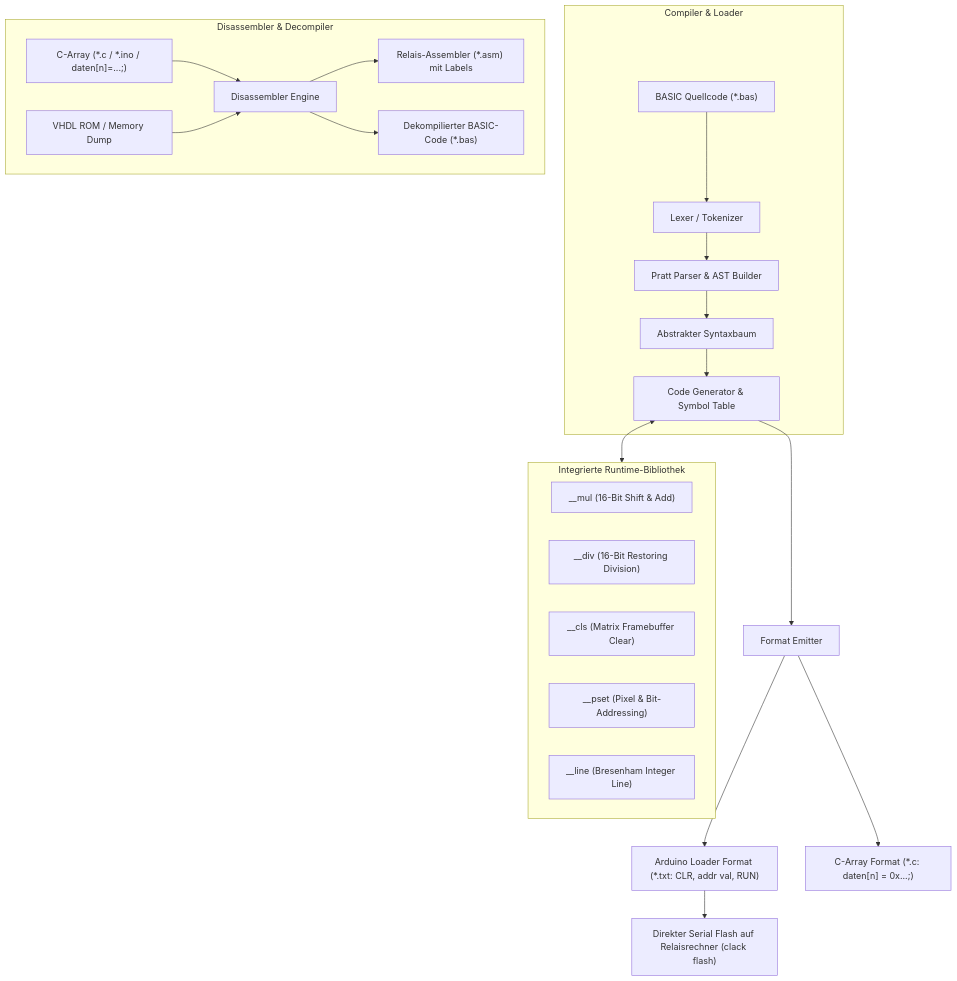
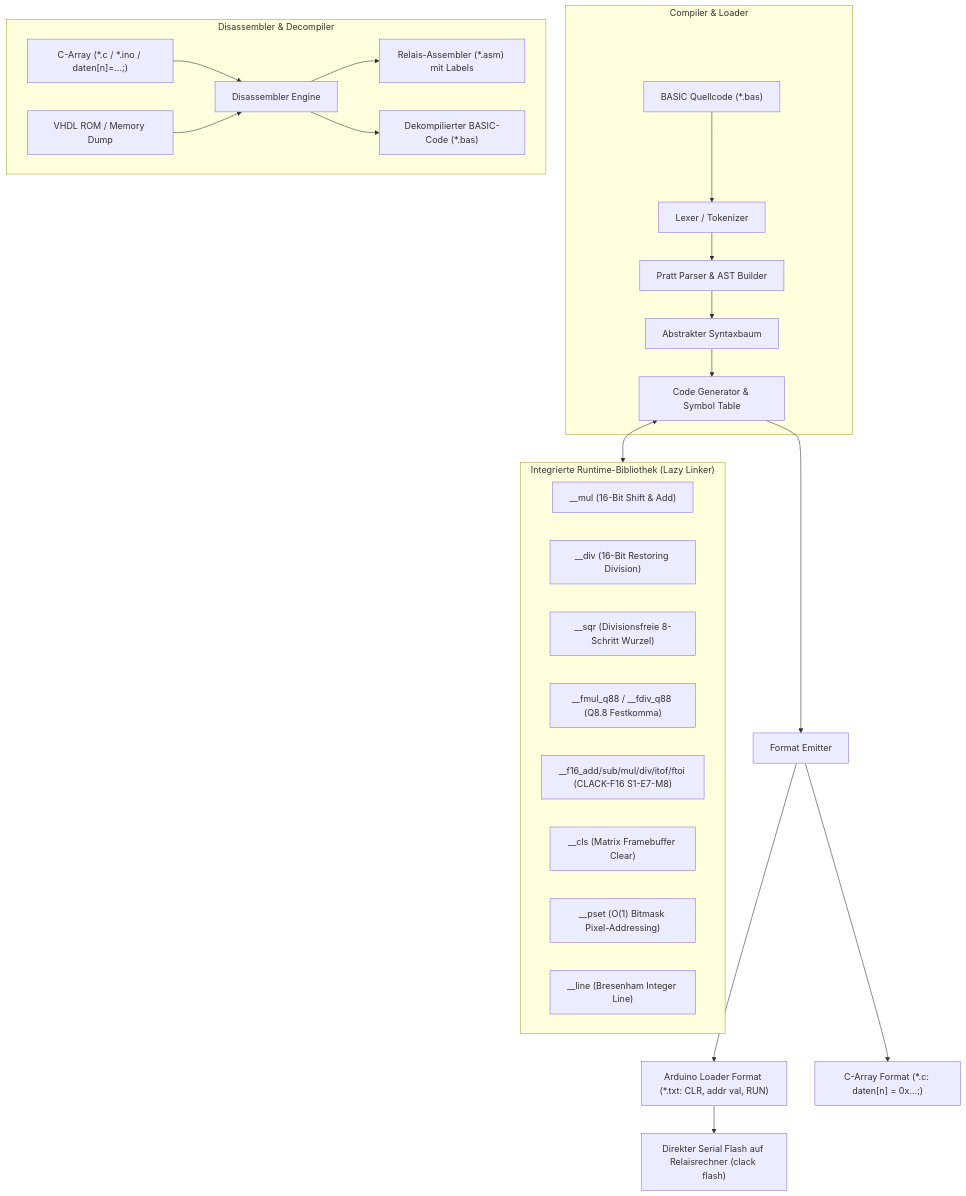
The diagram in README.md (relaycomputer/clack-basic), drawn with Mermaid before and after one commit. The commit also changed other lines of this file, not shown here.

Commit message:
docs: document Q8.8 fixed-point, CLACK-F16 float16, intrinsics and compiler capabilities

````diff
--- a/README.md
+++ b/README.md
@@ -10,32 +10,35 @@
 ```mermaid
 flowchart TD
     subgraph Frontend["Compiler & Loader"]
         SRC["BASIC Quellcode (*.bas)"] --> LEX["Lexer / Tokenizer"]
         LEX --> PARSE["Pratt Parser & AST Builder"]
         PARSE --> AST["Abstrakter Syntaxbaum"]
         AST --> CODEGEN["Code Generator & Symbol Table"]
     end
     
     subgraph Decompiler["Disassembler & Decompiler"]
         CARRAY["C-Array (*.c / *.ino / daten[n]=...;)"] --> DEASM["Disassembler Engine"]
         VHDL["VHDL ROM / Memory Dump"] --> DEASM
         DEASM --> ASM_OUT["Relais-Assembler (*.asm) mit Labels"]
         DEASM --> BASIC_OUT["Dekompilierter BASIC-Code (*.bas)"]
     end
     
-    subgraph Runtime["Integrierte Runtime-Bibliothek"]
+    subgraph Runtime["Integrierte Runtime-Bibliothek (Lazy Linker)"]
         MUL["__mul (16-Bit Shift & Add)"]
         DIV["__div (16-Bit Restoring Division)"]
+        SQR["__sqr (Divisionsfreie 8-Schritt Wurzel)"]
+        Q88["__fmul_q88 / __fdiv_q88 (Q8.8 Festkomma)"]
+        F16["__f16_add/sub/mul/div/itof/ftoi (CLACK-F16 S1-E7-M8)"]
         CLS["__cls (Matrix Framebuffer Clear)"]
-        PSET["__pset (Pixel & Bit-Addressing)"]
+        PSET["__pset (O(1) Bitmask Pixel-Addressing)"]
         LINE["__line (Bresenham Integer Line)"]
     end
     
     CODEGEN <--> Runtime
     CODEGEN --> EMIT["Format Emitter"]
     
     EMIT --> OUT_ARDUINO["Arduino Loader Format (*.txt: CLR, addr val, RUN)"]
     EMIT --> OUT_CARRAY["C-Array Format (*.c: daten[n] = 0x...;)"]
     
     OUT_ARDUINO --> FLASH["Direkter Serial Flash auf Relaisrechner (clack flash)"]
 ```
````
